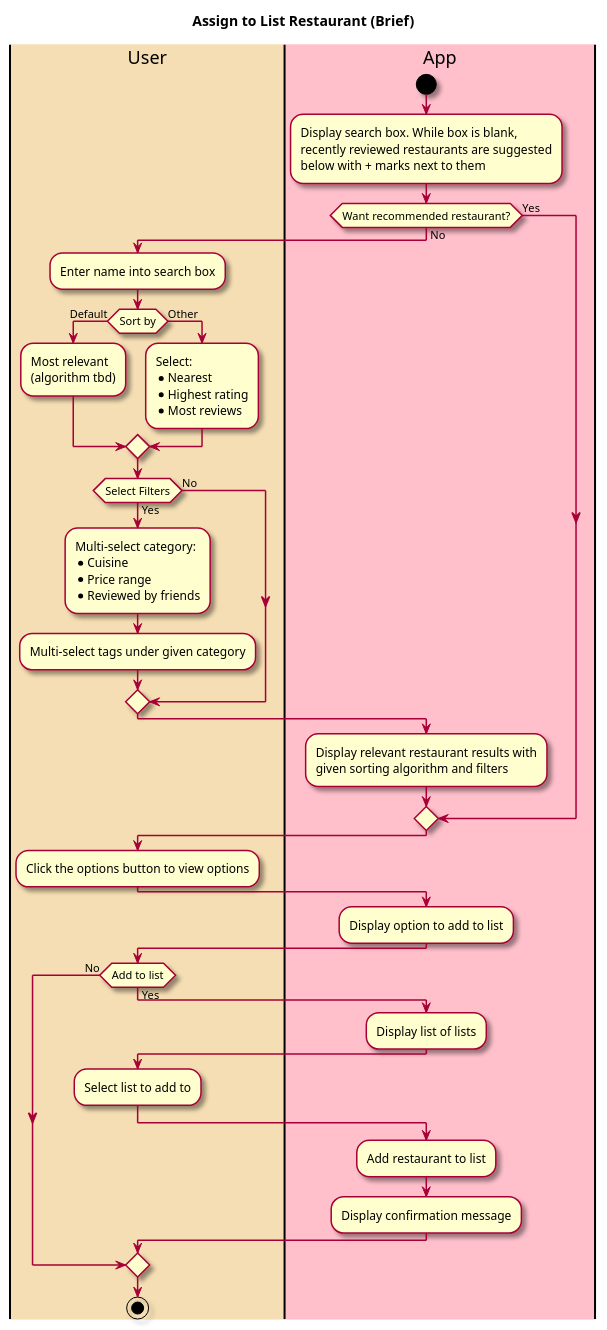
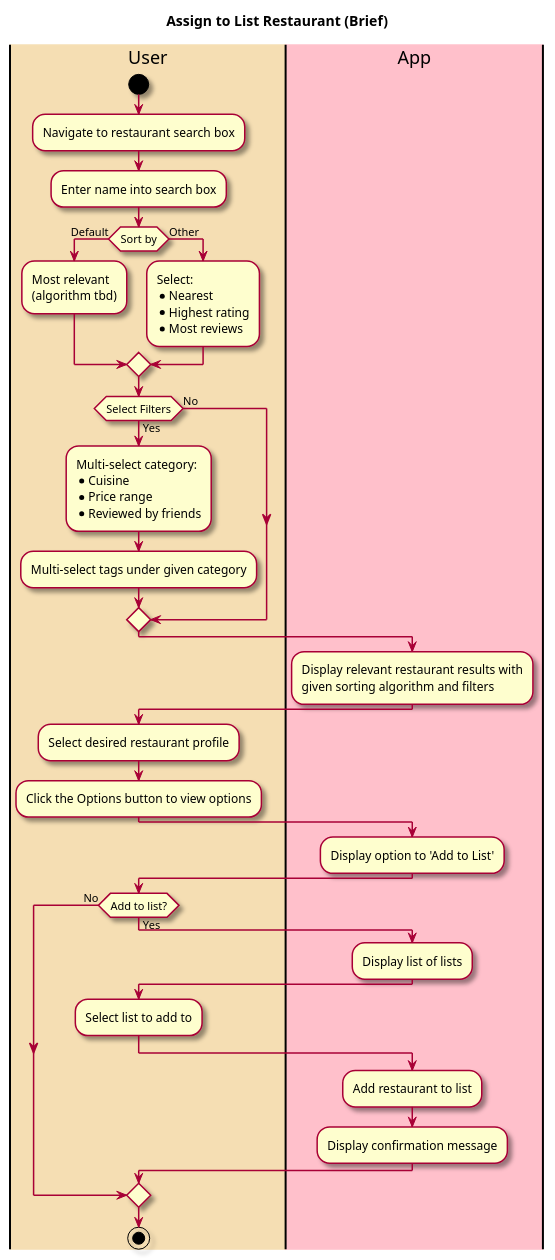
The diagram in intellij/doc/use_cases/assign-to-list.md (tanwasp/LunchBox-Android), drawn with PlantUML before and after one commit. The commit also changed other lines of this file and 7 other files, not shown here.

````diff
--- a/intellij/doc/use_cases/assign-to-list.md
+++ b/intellij/doc/use_cases/assign-to-list.md
@@ -21,65 +21,59 @@
 ```plantuml
 @startuml
 
 skin rose
 
 title Assign to List Restaurant (Brief)
 
 |#wheat|User|
 |#pink|App|
 
-|App|
+|User|
 start
-:Display search box. While box is blank, 
-recently reviewed restaurants are suggested
-below with + marks next to them;
-if (Want recommended restaurant?) is (Yes) then
-else (No)
-
-|User|
+:Navigate to restaurant search box;
 :Enter name into search box;
 
 if (Sort by) is (Default) then
 :Most relevant
 (algorithm tbd);
 else (Other)
 :Select:
 * Nearest
 * Highest rating
 * Most reviews;
   endif
   if (Select Filters) is (Yes) then
   :Multi-select category:
   *Cuisine
   *Price range
   *Reviewed by friends;
 
 :Multi-select tags under given category;
 
 else (No)
 endif
 
 |App|
 :Display relevant restaurant results with
 given sorting algorithm and filters;
 
 |User|
-endif
-:Click the options button to view options;
+:Select desired restaurant profile;
+:Click the Options button to view options;
 |App|
-:Display option to add to list;
+:Display option to 'Add to List';
 |User|
-if (Add to list) is (Yes) then
+if (Add to list?) is (Yes) then
 |App|
 :Display list of lists;
 |User|
 :Select list to add to;
 |App|
 :Add restaurant to list;
 :Display confirmation message;
 else (No)
 endif
 |User|
 stop
 @enduml
 ```
````
